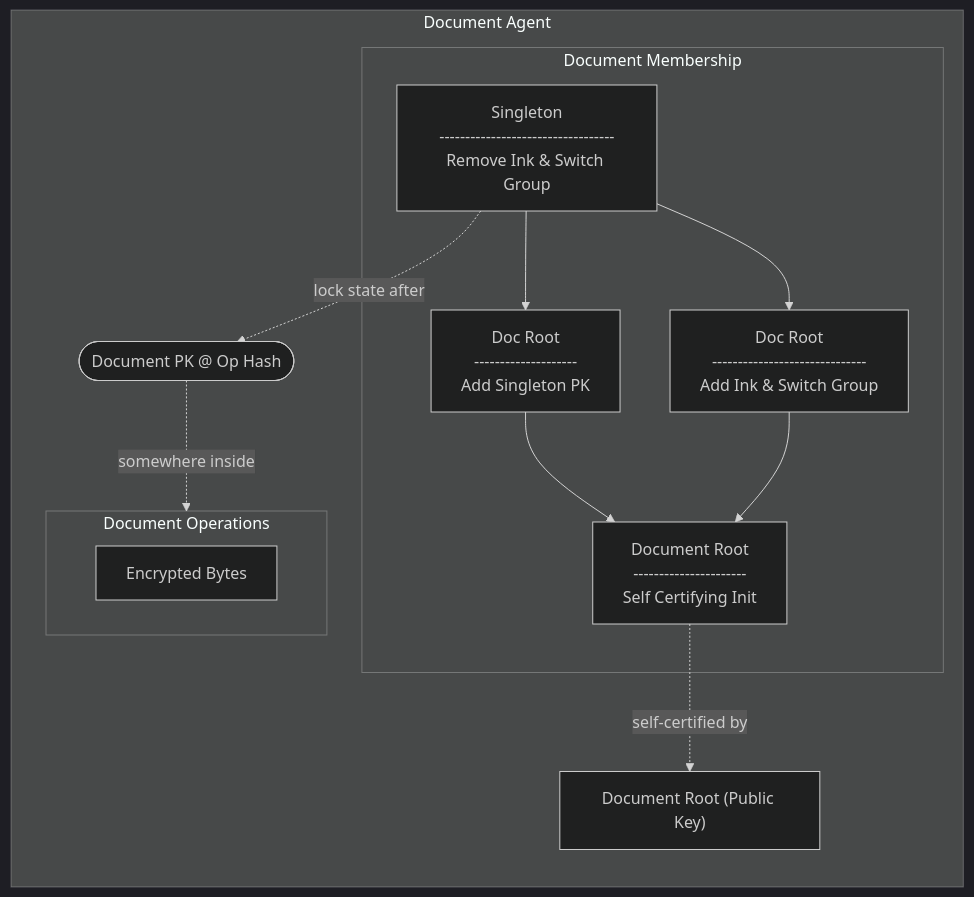
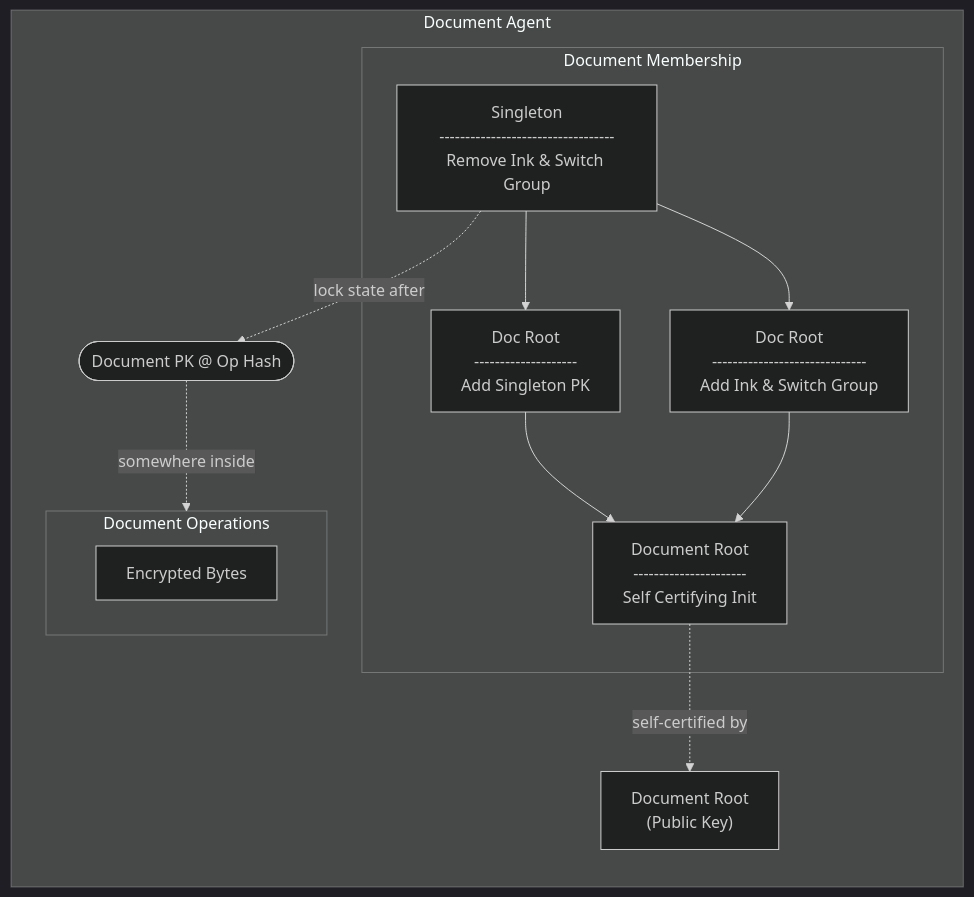
Before and after one commit to inkandswitch/keyhive: the fifth of 11 diagrams in design/group_membership.md, drawn with Mermaid (dark theme). The commit also changed other lines of this file and 3 other files, not shown here.

Commit message:
Fix mermaid diagram line breaks render on GitHub (#129)

````diff
--- a/design/group_membership.md
+++ b/design/group_membership.md
@@ -124,24 +124,24 @@
 ```mermaid
 flowchart TB
     subgraph DocumentAgent[Document Agent]
         direction TB
 
-        _docPK["Document Root (Public Key)"]
+        _docPK["Document Root<br>(Public Key)"]
 
         subgraph docGroup[Document Membership]
-            docRootAddsSingleton["Doc Root\n--------------------\nAdd Singleton PK"] --> docRoot[Document Root\n----------------------\nSelf Certifying Init]
-            docRootAddsAnotherGroup["Doc Root\n------------------------------\nAdd Ink & Switch Group"] --> docRoot
-            singetonRemovesAnotherGroup[Singleton\n----------------------------------\nRemove Ink & Switch Group] --> docRootAddsSingleton
+            docRootAddsSingleton["Doc Root<br>--------------------<br>Add Singleton PK"] --> docRoot[Document Root<br>----------------------<br>Self Certifying Init]
+            docRootAddsAnotherGroup["Doc Root<br>------------------------------<br>Add Ink & Switch Group"] --> docRoot
+            singetonRemovesAnotherGroup[Singleton<br>----------------------------------<br>Remove Ink & Switch Group] --> docRootAddsSingleton
             singetonRemovesAnotherGroup --> docRootAddsAnotherGroup
         end
 
         subgraph ops[Document Operations]
             someStuff[Encrypted Bytes]
         end
 
         addKeyFoo -.->|somewhere inside| ops
     end
 
     singetonRemovesAnotherGroup -.->|lock state after| addKeyFoo(["Document PK @ Op Hash"])
     docRoot -.->|self-certified by| _docPK
 ```
````
